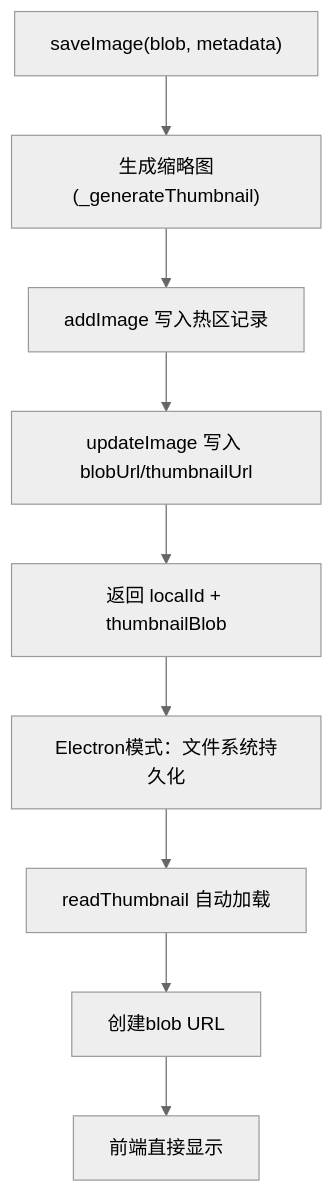
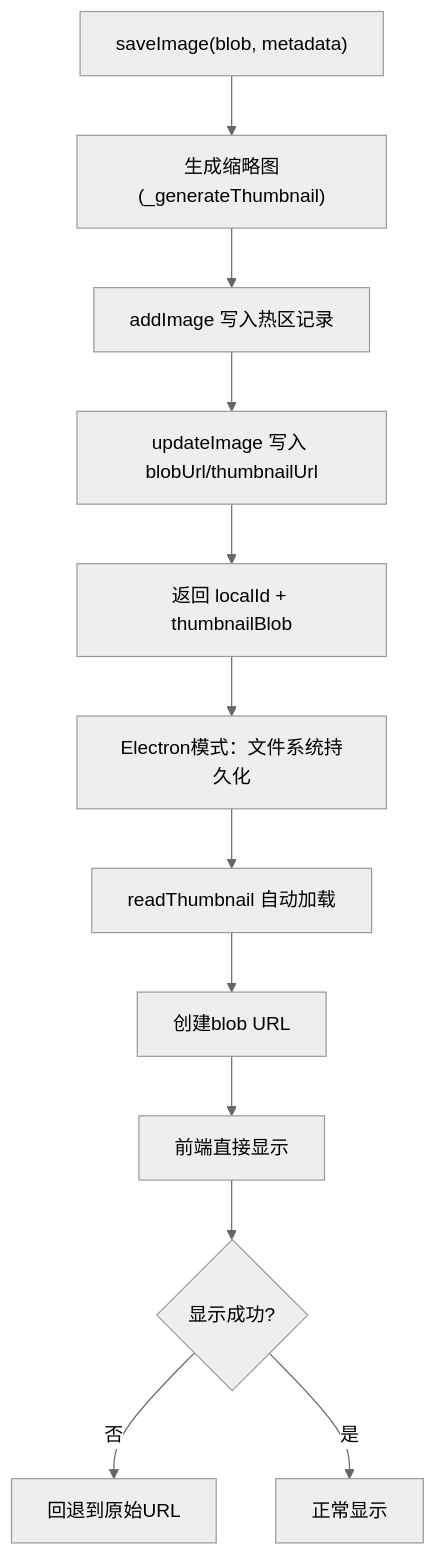
Before and after one commit to AlbusWei/AI-Image-Studio: the seventh of 10 diagrams in .qoder/repowiki/zh/content/架构设计/组件层次结构/页面组件架构/图库页面 (Gallery).md, drawn with Mermaid (neutral theme). The commit also changed other lines of this file and 21 other files, not shown here.

````diff
--- a/.qoder/repowiki/zh/content/架构设计/组件层次结构/页面组件架构/图库页面 (Gallery).md
+++ b/.qoder/repowiki/zh/content/架构设计/组件层次结构/页面组件架构/图库页面 (Gallery).md
@@ -410,11 +422,14 @@
 ```mermaid
 flowchart TD
 A["saveImage(blob, metadata)"] --> B["生成缩略图(_generateThumbnail)"]
 B --> C["addImage 写入热区记录"]
 C --> D["updateImage 写入 blobUrl/thumbnailUrl"]
 D --> E["返回 localId + thumbnailBlob"]
 E --> F["Electron模式：文件系统持久化"]
 F --> G["readThumbnail 自动加载"]
 G --> H["创建blob URL"]
 H --> I["前端直接显示"]
+I --> J{"显示成功?"}
+J --> |否| K["回退到原始URL"]
+J --> |是| L["正常显示"]
 ```
````
